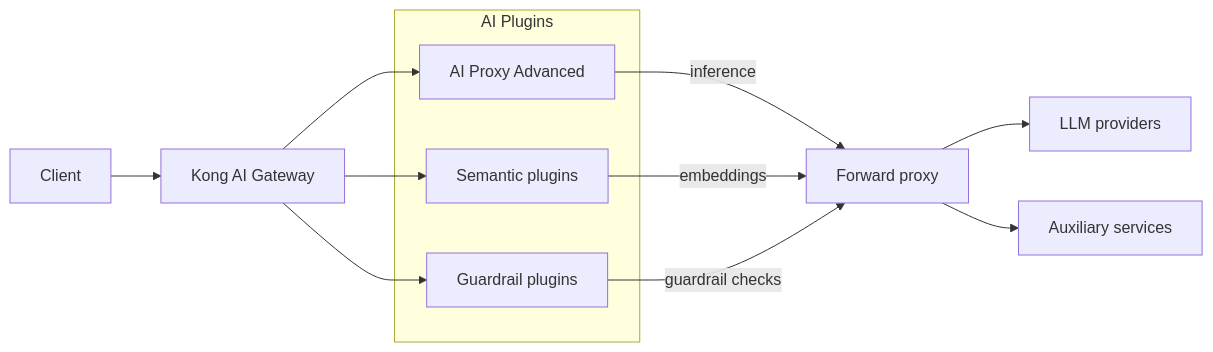
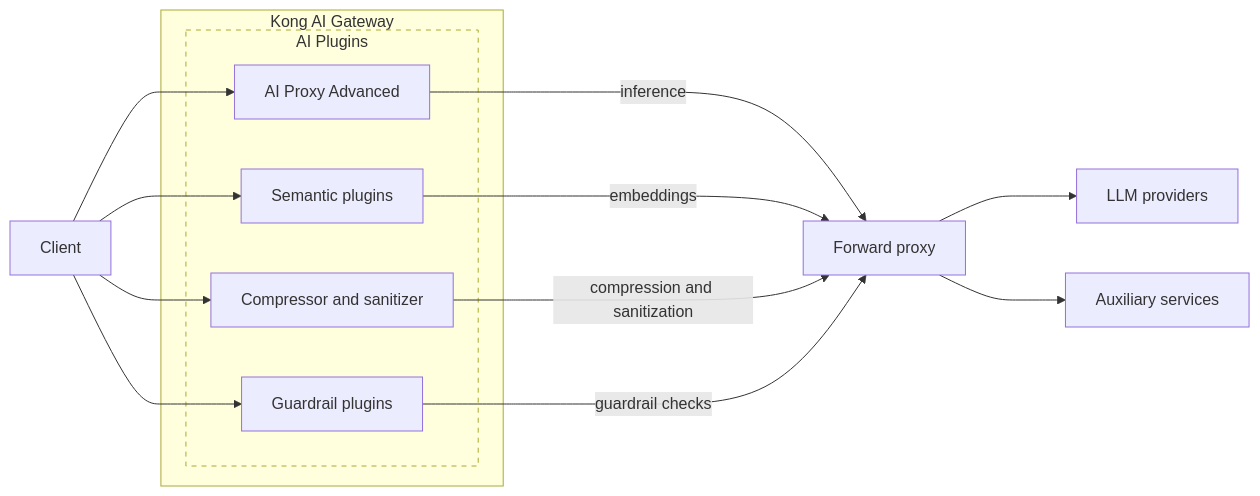
Before and after one commit to Kong/developer.konghq.com: the diagram in app/ai-gateway/forward-proxy.md, drawn with Mermaid.

Commit message:
tweak mermaid graph

```diff
--- a/app/ai-gateway/forward-proxy.md
+++ b/app/ai-gateway/forward-proxy.md
@@ -69,17 +69,22 @@
 {% mermaid %}
 flowchart LR
-  Client --> Gateway[Kong AI Gateway]
-  subgraph AI Plugins
-    AIProxy[AI Proxy Advanced]
-    Semantic[Semantic plugins]
-    Guardrails[Guardrail plugins]
+  subgraph Gateway_Group[Kong AI Gateway]
+    subgraph Plugins[AI Plugins]
+      AIProxy[AI Proxy Advanced]
+      Semantic[Semantic plugins]
+      Transform[Compressor and sanitizer]
+      Guardrails[Guardrail plugins]
+    end
   end
-  Gateway --> AIProxy
-  Gateway --> Semantic
-  Gateway --> Guardrails
-  AIProxy -- inference --> Proxy[Forward proxy]
-  Semantic -- embeddings --> Proxy
+  Client --> AIProxy
+  Client --> Semantic
+  Client --> Transform
+  Client --> Guardrails
+  AIProxy -- inference ---> Proxy[Forward proxy]
+  Semantic -- embeddings ---> Proxy
+  Transform -- compression and sanitization --> Proxy
   Guardrails -- guardrail checks --> Proxy
-  Proxy --> LLM[LLM providers]
-  Proxy --> Aux[Auxiliary services]
+  Proxy ---> LLM[LLM providers]
+  Proxy ---> Aux[Auxiliary services]
+  style Plugins stroke-dasharray: 5 5
 {% endmermaid %}
```
